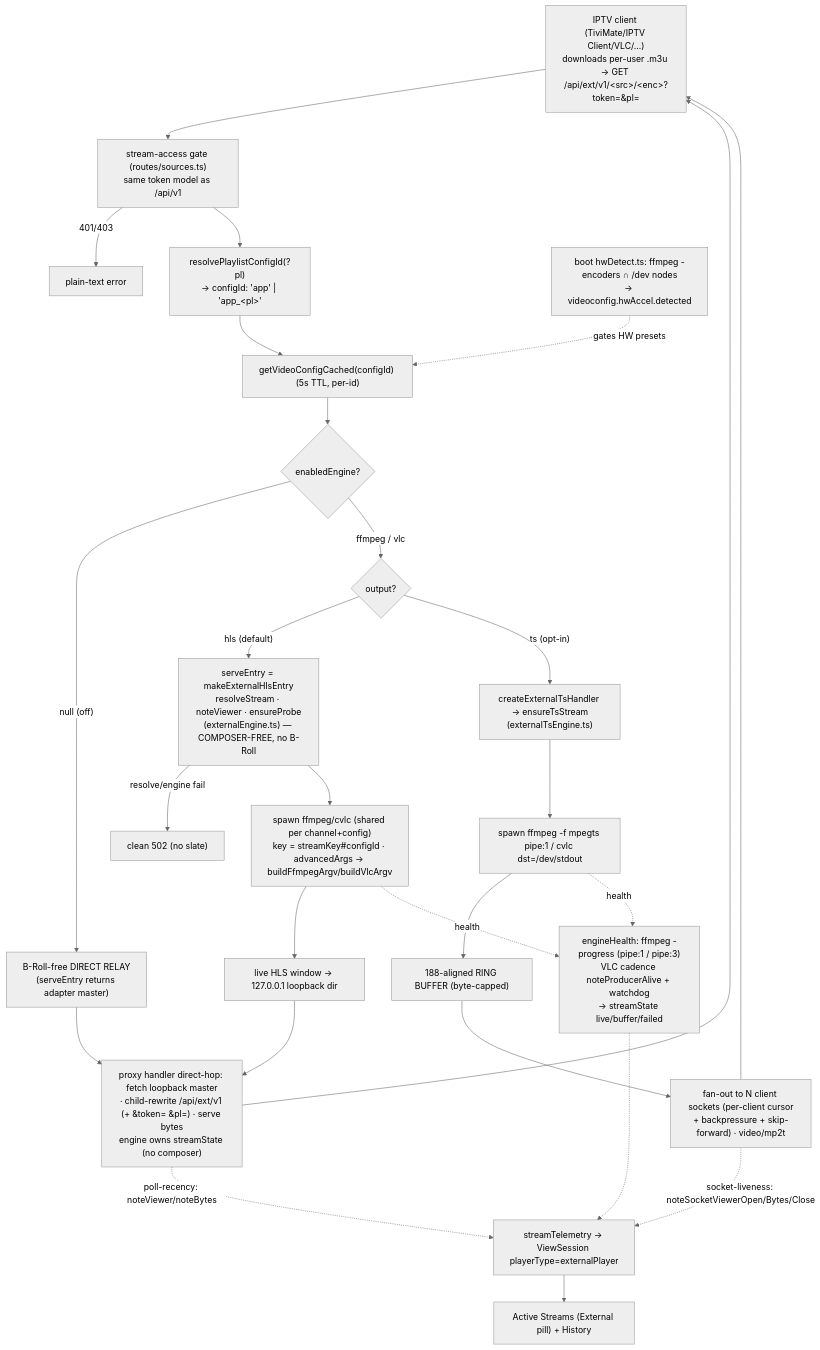
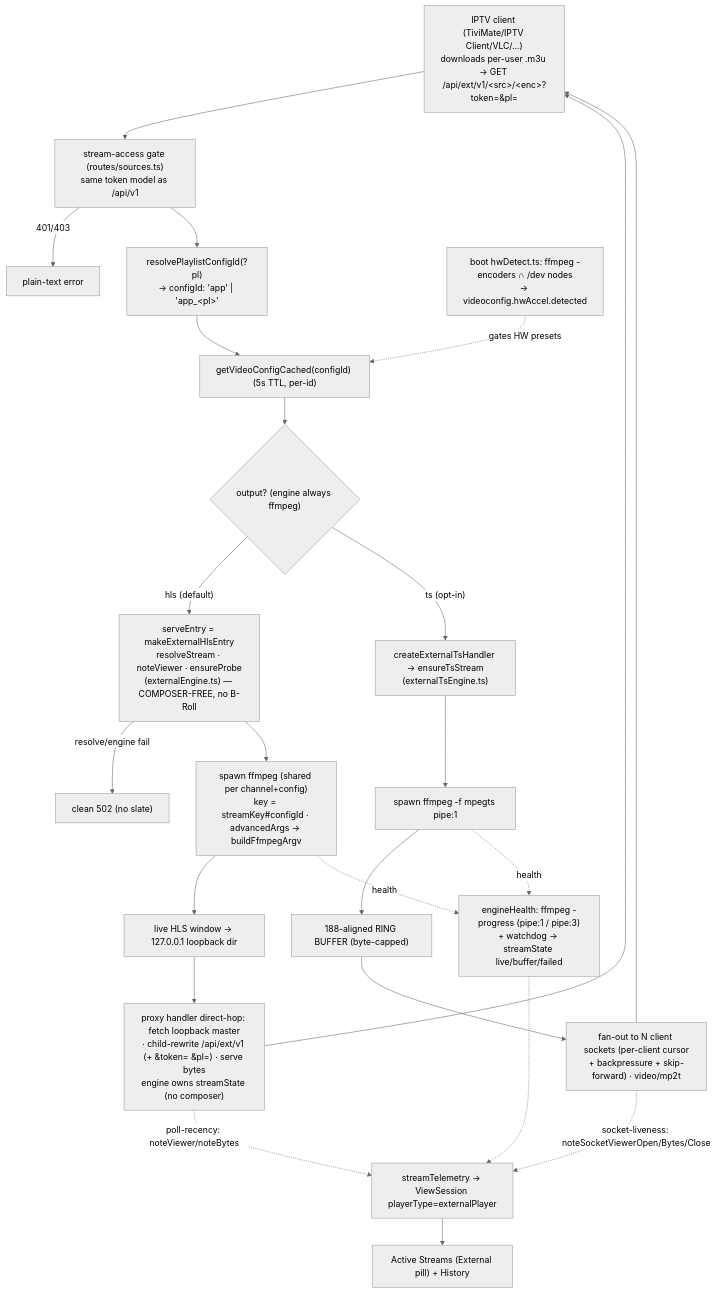
One commit to TheBinaryNinja/masqueradarr changed the fourth of 4 diagrams in README.md. Above: the diagram before and after it, drawn with Mermaid (neutral theme). The commit also changed other lines of this file and 24 other files, not shown here.

````diff
--- a/README.md
+++ b/README.md
@@ -759,33 +760,30 @@
 ```mermaid
 graph TD
     A["IPTV client (TiviMate/IPTV Client/VLC/…)<br/>downloads per-user .m3u → GET /api/ext/v1/&lt;src&gt;/&lt;enc&gt;?token=&amp;pl="] --> B["stream-access gate (routes/sources.ts)<br/>same token model as /api/v1"]
     B -->|401/403| Bx["plain-text error"]
     B --> C0["resolvePlaylistConfigId(?pl)<br/>→ configId: 'app' | 'app_&lt;pl&gt;'"]
     C0 --> C["getVideoConfigCached(configId) (5s TTL, per-id)"]
-    C --> D{"enabledEngine?"}
-    D -->|"null (off)"| R["B-Roll-free DIRECT RELAY<br/>(serveEntry returns adapter master)"]
-    D -->|ffmpeg / vlc| E{"output?"}
+    C --> E{"output? (engine always ffmpeg)"}
 
     E -->|"hls (default)"| F["serveEntry = makeExternalHlsEntry<br/>resolveStream · noteViewer · ensureProbe<br/>(externalEngine.ts) — COMPOSER-FREE, no B-Roll"]
     F -->|resolve/engine fail| Fx["clean 502 (no slate)"]
-    F --> G["spawn ffmpeg/cvlc (shared per channel+config)<br/>key = streamKey#configId · advancedArgs → buildFfmpegArgv/buildVlcArgv"]
+    F --> G["spawn ffmpeg (shared per channel+config)<br/>key = streamKey#configId · advancedArgs → buildFfmpegArgv"]
     G --> H["live HLS window → 127.0.0.1 loopback dir"]
     H --> P["proxy handler direct-hop: fetch loopback master<br/>· child-rewrite /api/ext/v1 (+ &amp;token= &amp;pl=) · serve bytes<br/>engine owns streamState (no composer)"]
-    R --> P
     P --> A
 
     E -->|"ts (opt-in)"| J["createExternalTsHandler → ensureTsStream<br/>(externalTsEngine.ts)"]
-    J --> K["spawn ffmpeg -f mpegts pipe:1 / cvlc dst=/dev/stdout"]
+    J --> K["spawn ffmpeg -f mpegts pipe:1"]
     K --> L["188-aligned RING BUFFER (byte-capped)"]
     L --> M["fan-out to N client sockets (per-client cursor<br/>+ backpressure + skip-forward) · video/mp2t"]
     M --> A
 
-    G -. health .-> N["engineHealth: ffmpeg -progress (pipe:1 / pipe:3)<br/>VLC cadence noteProducerAlive + watchdog<br/>→ streamState live/buffer/failed"]
+    G -. health .-> N["engineHealth: ffmpeg -progress (pipe:1 / pipe:3)<br/>+ watchdog → streamState live/buffer/failed"]
     K -. health .-> N
     P -. poll-recency: noteViewer/noteBytes .-> T["streamTelemetry → ViewSession playerType=externalPlayer"]
     M -. socket-liveness: noteSocketViewerOpen/Bytes/Close .-> T
     N -.-> T
     T --> U["Active Streams (External pill) + History"]
 
     HW["boot hwDetect.ts: ffmpeg -encoders ∩ /dev nodes<br/>→ videoconfig.hwAccel.detected"] -. gates HW presets .-> C
 ```
````
